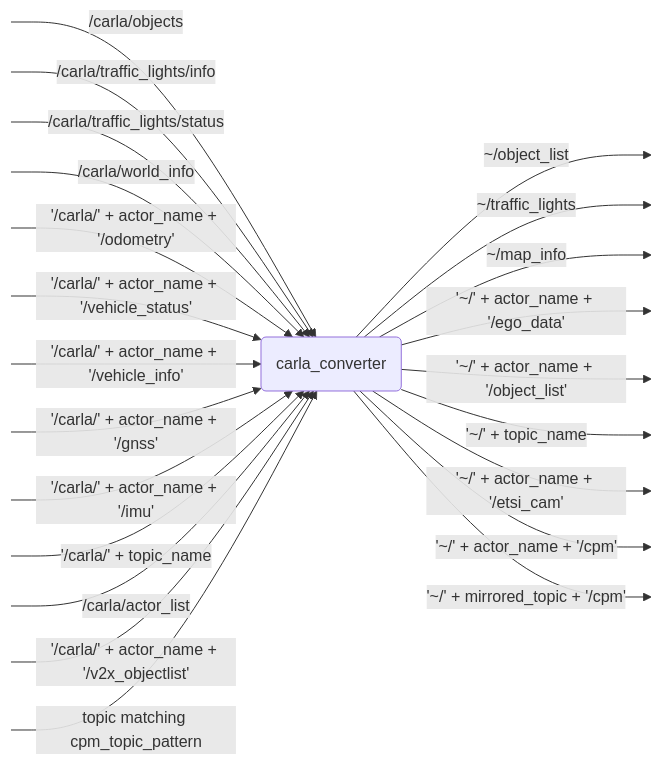
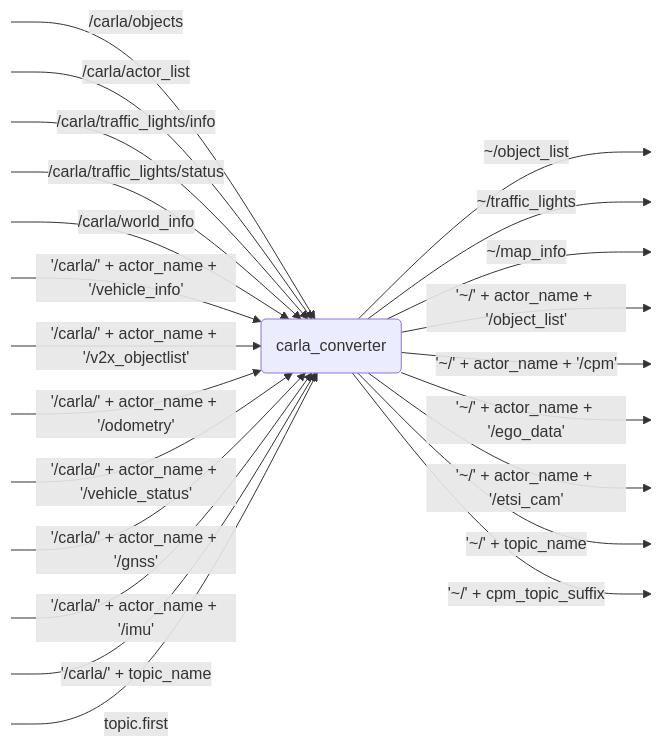
Before and after one commit to openads-project/carla_converter: the diagram in carla_converter/README.md, drawn with Mermaid. The commit also changed other lines of this file and 7 other files, not shown here.

````diff
--- a/carla_converter/README.md
+++ b/carla_converter/README.md
@@ -9,27 +9,27 @@
 ```mermaid
 flowchart LR
     NODE("carla_converter")
     S0:::hidden -->|/carla/objects| NODE
-    S1:::hidden -->|/carla/traffic_lights/info| NODE
-    S2:::hidden -->|/carla/traffic_lights/status| NODE
-    S3:::hidden -->|/carla/world_info| NODE
-    S4:::hidden -->|'/carla/' + actor_name + '/odometry'| NODE
-    S5:::hidden -->|'/carla/' + actor_name + '/vehicle_status'| NODE
-    S6:::hidden -->|'/carla/' + actor_name + '/vehicle_info'| NODE
-    S7:::hidden -->|'/carla/' + actor_name + '/gnss'| NODE
-    S8:::hidden -->|'/carla/' + actor_name + '/imu'| NODE
-    S9:::hidden -->|'/carla/' + topic_name| NODE
-    S10:::hidden -->|/carla/actor_list| NODE
-    S11:::hidden -->|'/carla/' + actor_name + '/v2x_objectlist'| NODE
-    S12:::hidden -->|topic matching cpm_topic_pattern| NODE
+    S1:::hidden -->|/carla/actor_list| NODE
+    S2:::hidden -->|/carla/traffic_lights/info| NODE
+    S3:::hidden -->|/carla/traffic_lights/status| NODE
+    S4:::hidden -->|/carla/world_info| NODE
+    S5:::hidden -->|'/carla/' + actor_name + '/vehicle_info'| NODE
+    S6:::hidden -->|'/carla/' + actor_name + '/v2x_objectlist'| NODE
+    S7:::hidden -->|'/carla/' + actor_name + '/odometry'| NODE
+    S8:::hidden -->|'/carla/' + actor_name + '/vehicle_status'| NODE
+    S9:::hidden -->|'/carla/' + actor_name + '/gnss'| NODE
+    S10:::hidden -->|'/carla/' + actor_name + '/imu'| NODE
+    S11:::hidden -->|'/carla/' + topic_name| NODE
+    S12:::hidden -->|topic.first| NODE
     NODE -->|~/object_list| P0:::hidden
     NODE -->|~/traffic_lights| P1:::hidden
     NODE -->|~/map_info| P2:::hidden
-    NODE -->|'~/' + actor_name + '/ego_data'| P3:::hidden
-    NODE -->|'~/' + actor_name + '/object_list'| P4:::hidden
-    NODE -->|'~/' + topic_name| P5:::hidden
+    NODE -->|'~/' + actor_name + '/object_list'| P3:::hidden
+    NODE -->|'~/' + actor_name + '/cpm'| P4:::hidden
+    NODE -->|'~/' + actor_name + '/ego_data'| P5:::hidden
     NODE -->|'~/' + actor_name + '/etsi_cam'| P6:::hidden
-    NODE -->|'~/' + actor_name + '/cpm'| P7:::hidden
-    NODE -->|'~/' + mirrored_topic + '/cpm'| P8:::hidden
+    NODE -->|'~/' + topic_name| P7:::hidden
+    NODE -->|'~/' + cpm_topic_suffix| P8:::hidden
     classDef hidden display: none;
 ```
````
